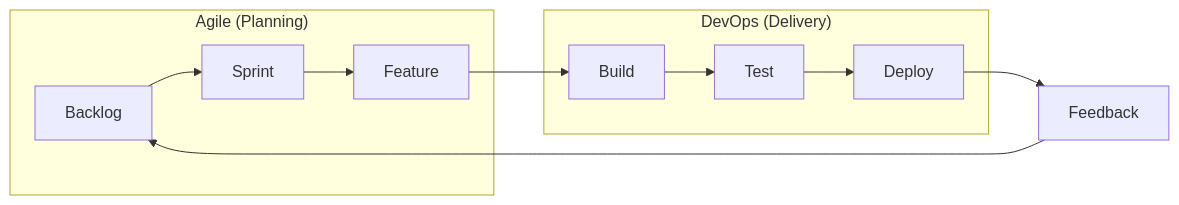
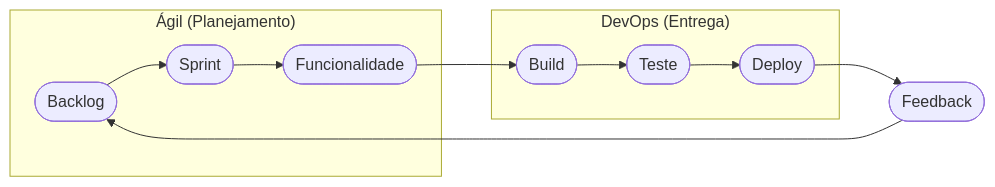
The diagram in docs/aulas/aula-02.md (ricardotecpro/ads_mod_13_devops_e_cloud), drawn with Mermaid before and after one commit. The commit also changed other lines of this file and 66 other files, not shown here.

````diff
--- a/docs/aulas/aula-02.md
+++ b/docs/aulas/aula-02.md
@@ -64,14 +64,14 @@
 ```mermaid
 graph LR
-    subgraph "Agile (Planning)"
-        Backlog --> Sprint
-        Sprint --> Feature
+    subgraph "Ágil (Planejamento)"
+        Backlog(["Backlog"]) --> Sprint(["Sprint"])
+        Sprint(["Sprint"]) --> Feature(["Funcionalidade"])
     end
-    subgraph "DevOps (Delivery)"
-        Feature --> Build
-        Build --> Test
-        Test --> Deploy
+    subgraph "DevOps (Entrega)"
+        Feature --> Build(["Build"])
+        Build --> Test(["Teste"])
+        Test --> Deploy(["Deploy"])
     end
-    Deploy --> Feedback
+    Deploy --> Feedback(["Feedback"])
     Feedback --> Backlog
 ```
````
